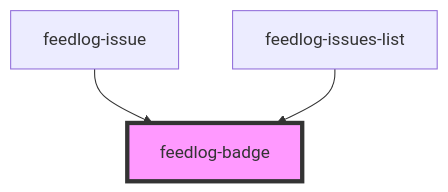
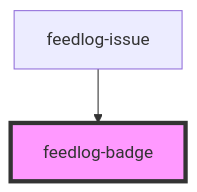
Before and after one commit to FeedlogAI/feedlog-toolkit: the diagram in packages/webcomponents/src/components/feedlog-badge/readme.md, drawn with Mermaid. The commit also changed other lines of this file and 18 other files, not shown here.

````diff
--- a/packages/webcomponents/src/components/feedlog-badge/readme.md
+++ b/packages/webcomponents/src/components/feedlog-badge/readme.md
@@ -27,6 +25,5 @@
 ```mermaid
 graph TD;
   feedlog-issue --> feedlog-badge
-  feedlog-issues-list --> feedlog-badge
   style feedlog-badge fill:#f9f,stroke:#333,stroke-width:4px
 ```
````
